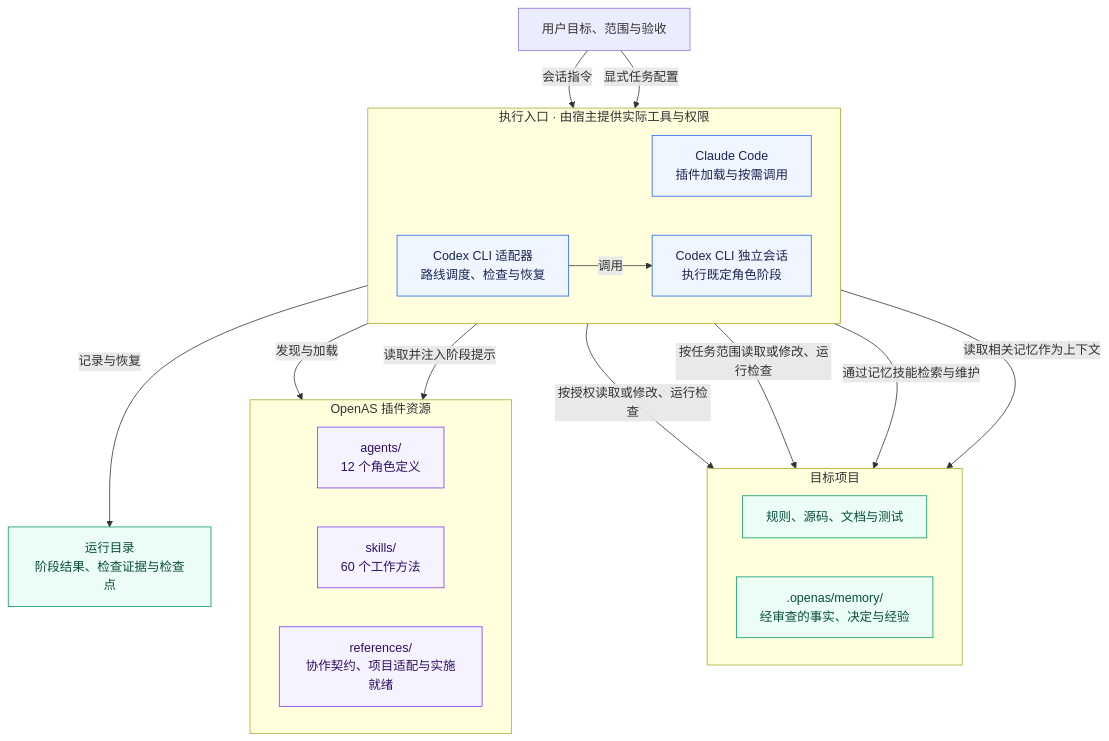
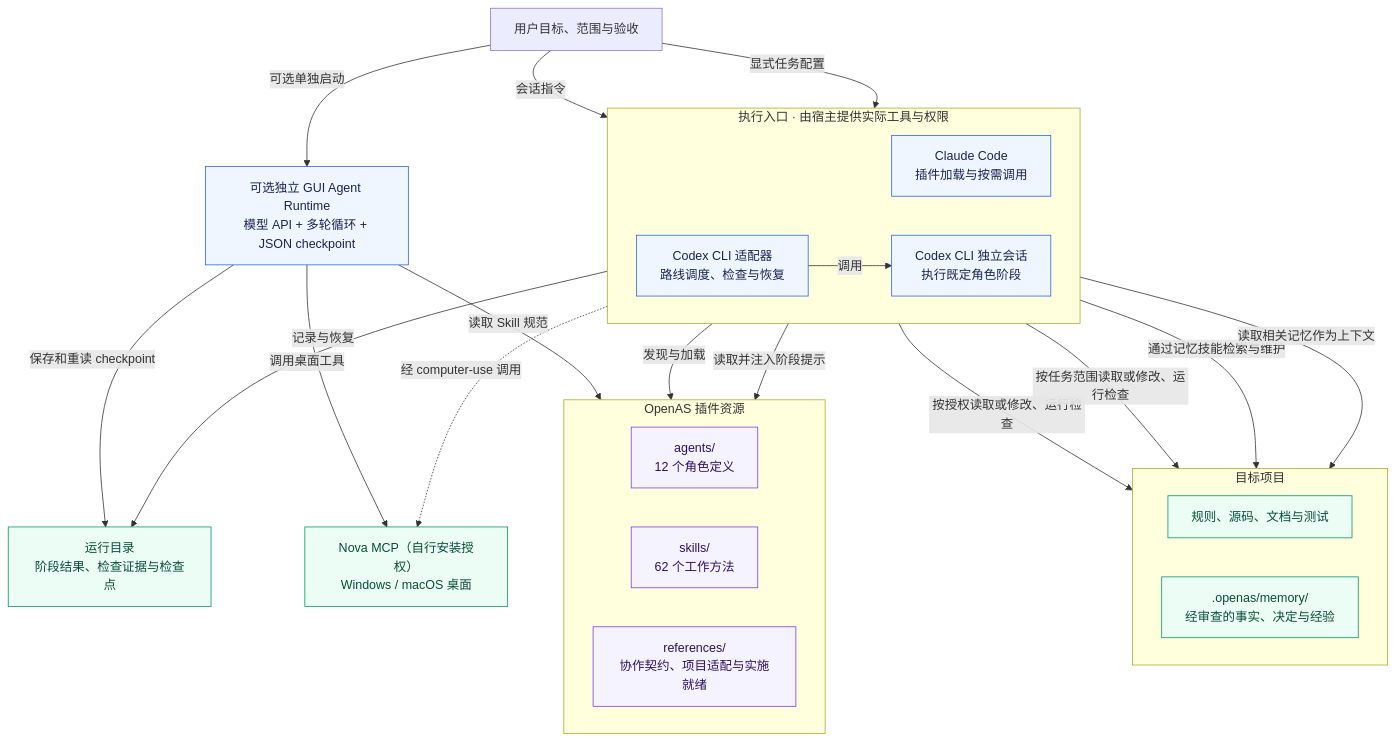
Before and after one commit to xiangguangxin/OpenAS: the second of 3 diagrams in README.md, drawn with Mermaid. The commit also changed other lines of this file, not shown here.

Commit message:
docs: refresh Chinese README for GUI Agent runtime

````diff
--- a/README.md
+++ b/README.md
@@ -357,44 +389,51 @@
 ```mermaid
 flowchart TB
     user["用户目标、范围与验收"]
 
     subgraph entry["执行入口 · 由宿主提供实际工具与权限"]
         direction LR
         claude["Claude Code<br/>插件加载与按需调用"]
         adapter["Codex CLI 适配器<br/>路线调度、检查与恢复"]
         sessions["Codex CLI 独立会话<br/>执行既定角色阶段"]
         adapter -->|调用| sessions
     end
 
     subgraph bundle["OpenAS 插件资源"]
         direction LR
         agents["agents/<br/>12 个角色定义"]
-        skills["skills/<br/>60 个工作方法"]
+        skills["skills/<br/>62 个工作方法"]
         contracts["references/<br/>协作契约、项目适配与实施就绪"]
     end
 
     subgraph target["目标项目"]
         direction LR
         repo["规则、源码、文档与测试"]
         memory[".openas/memory/<br/>经审查的事实、决定与经验"]
     end
 
     evidence["运行目录<br/>阶段结果、检查证据与检查点"]
+    gui_runtime["可选独立 GUI Agent Runtime<br/>模型 API + 多轮循环 + JSON checkpoint"]
+    nova["Nova MCP（自行安装授权）<br/>Windows / macOS 桌面"]
 
     user -->|会话指令| claude
     user -->|显式任务配置| adapter
     claude -->|发现与加载| bundle
     adapter -->|读取并注入阶段提示| bundle
     claude -->|按授权读取或修改、运行检查| repo
     sessions -->|按任务范围读取或修改、运行检查| repo
     claude -->|通过记忆技能检索与维护| memory
     adapter -->|读取相关记忆作为上下文| memory
     adapter -->|记录与恢复| evidence
+    user -->|可选单独启动| gui_runtime
+    gui_runtime -->|读取 Skill 规范| skills
+    gui_runtime -->|保存和重读 checkpoint| evidence
+    gui_runtime -->|调用桌面工具| nova
+    claude -.->|经 computer-use 调用| nova
 
     classDef entryStyle fill:#eff6ff,stroke:#2563eb,color:#172554
     classDef resourceStyle fill:#f5f3ff,stroke:#7c3aed,color:#2e1065
     classDef dataStyle fill:#ecfdf5,stroke:#059669,color:#064e3b
-    class claude,adapter,sessions entryStyle
+    class claude,adapter,sessions,gui_runtime entryStyle
     class agents,skills,contracts resourceStyle
-    class repo,memory,evidence dataStyle
+    class repo,memory,evidence,nova dataStyle
 ```
````
